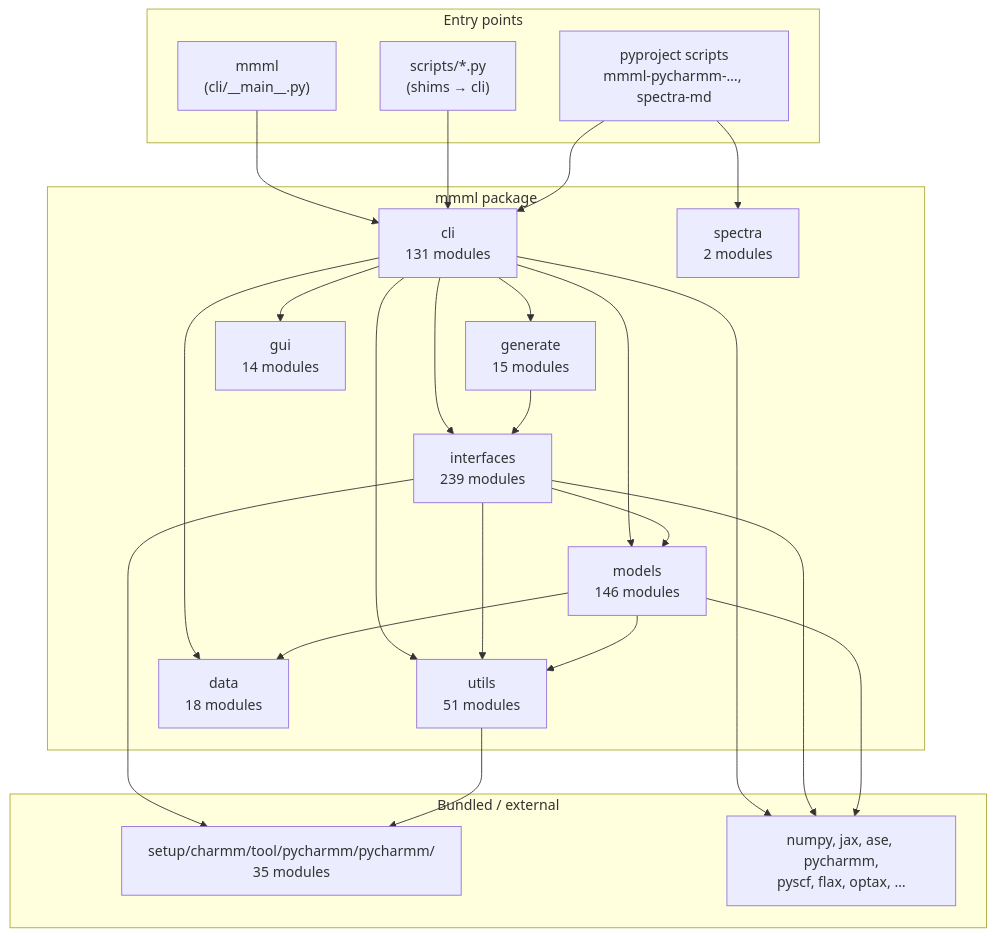
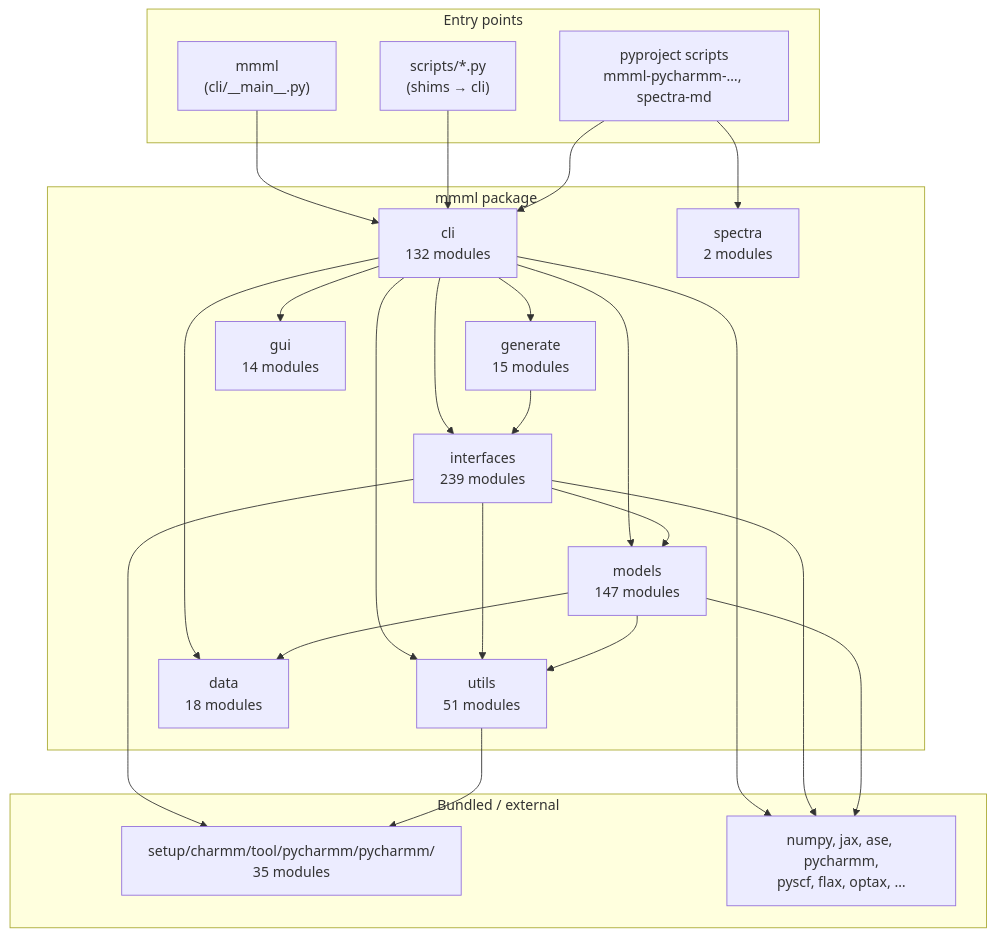
The first of 8 diagrams in docs/package-architecture.md (EricBoittier/mmml), drawn with Mermaid before and after one commit. The commit also changed other lines of this file and 4 other files, not shown here.

````diff
--- a/docs/package-architecture.md
+++ b/docs/package-architecture.md
@@ -13,48 +13,48 @@
 ```mermaid
 flowchart TB
   subgraph entry["Entry points"]
     MMML["mmml\n(cli/__main__.py)"]
     SCRIPTS["scripts/*.py\n(shims → cli)"]
     PKG["pyproject scripts\nmmml-pycharmm-…, spectra-md"]
   end
 
   subgraph mmml_pkg["mmml package"]
-    CLI["cli\n131 modules"]
+    CLI["cli\n132 modules"]
     IFACE["interfaces\n239 modules"]
-    MODELS["models\n146 modules"]
+    MODELS["models\n147 modules"]
     UTILS["utils\n51 modules"]
     DATA["data\n18 modules"]
     GEN["generate\n15 modules"]
     GUI["gui\n14 modules"]
     SPEC["spectra\n2 modules"]
   end
 
   subgraph vendor["Bundled / external"]
     PYCH["setup/charmm/tool/pycharmm/pycharmm/\n35 modules"]
     EXT["numpy, jax, ase, pycharmm,\npyscf, flax, optax, …"]
   end
 
   MMML --> CLI
   SCRIPTS --> CLI
   PKG --> CLI
   PKG --> SPEC
 
   CLI --> IFACE
   CLI --> MODELS
   CLI --> DATA
   CLI --> UTILS
   CLI --> GEN
   CLI --> GUI
 
   IFACE --> MODELS
   IFACE --> UTILS
   IFACE --> PYCH
   MODELS --> UTILS
   MODELS --> DATA
   UTILS --> PYCH
   GEN --> IFACE
 
   CLI --> EXT
   IFACE --> EXT
   MODELS --> EXT
 ```
````
